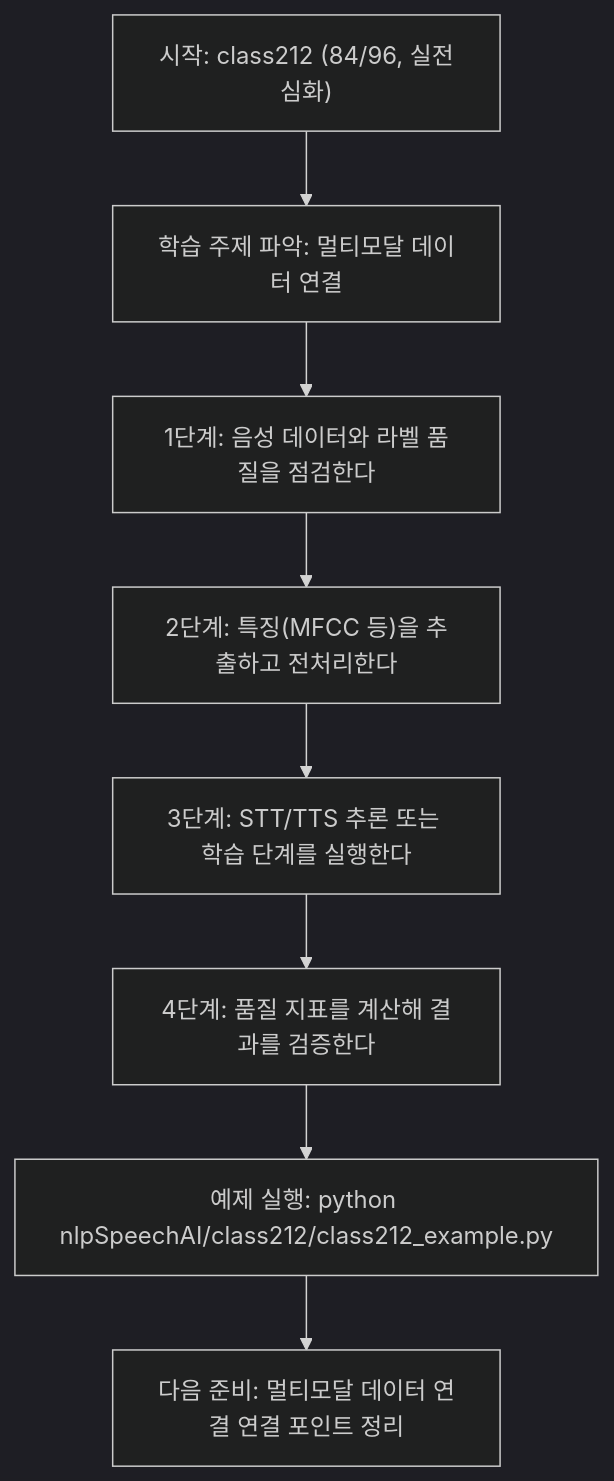
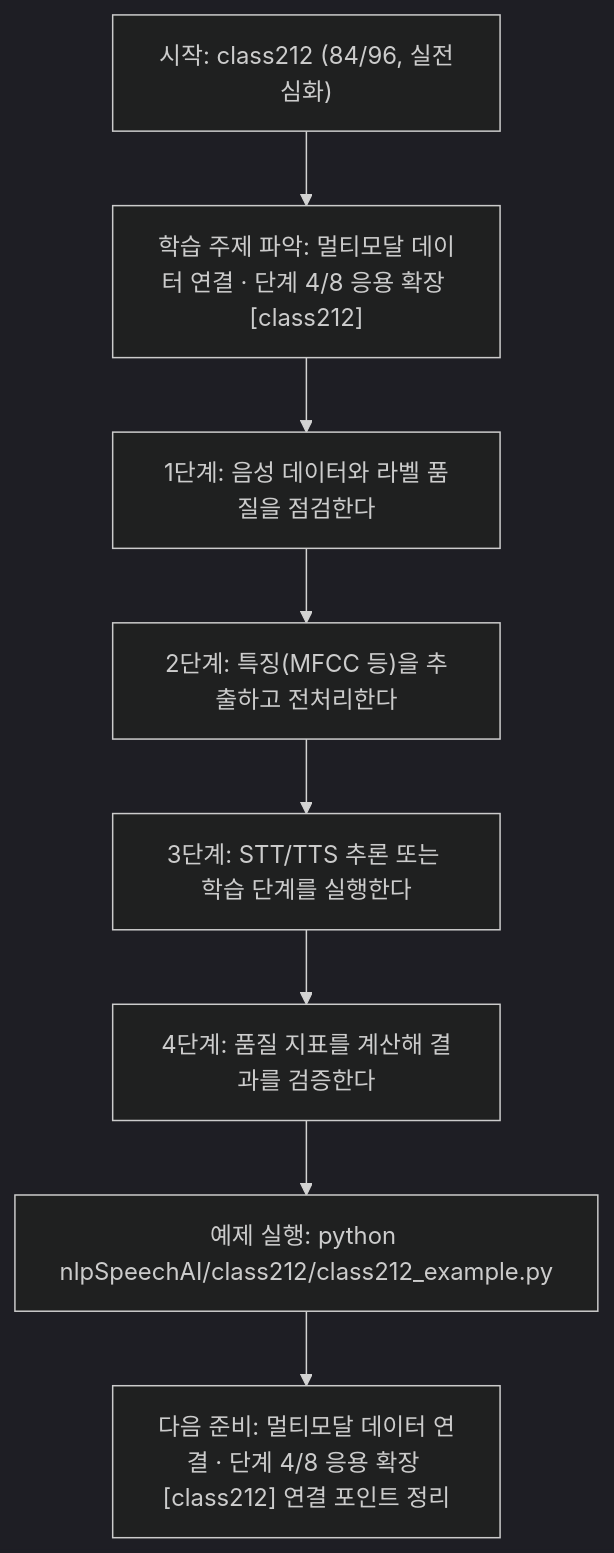
Before and after one commit to edumgt/Python-AI_Agent-Class: the diagram in nlpSpeechAI/class212/class212.md, drawn with Mermaid (dark theme). The commit also changed other lines of this file and 522 other files, not shown here.

````diff
--- a/nlpSpeechAI/class212/class212.md
+++ b/nlpSpeechAI/class212/class212.md
@@ -113,18 +114,18 @@
 ```mermaid
 flowchart TD
 N1["시작: class212 (84/96, 실전심화)"]
-N2["학습 주제 파악: 멀티모달 데이터 연결"]
+N2["학습 주제 파악: 멀티모달 데이터 연결 · 단계 4/8 응용 확장 [class212]"]
 N3["1단계: 음성 데이터와 라벨 품질을 점검한다"]
 N4["2단계: 특징(MFCC 등)을 추출하고 전처리한다"]
 N5["3단계: STT/TTS 추론 또는 학습 단계를 실행한다"]
 N6["4단계: 품질 지표를 계산해 결과를 검증한다"]
 N7["예제 실행: python nlpSpeechAI/class212/class212_example.py"]
-N8["다음 준비: 멀티모달 데이터 연결 연결 포인트 정리"]
+N8["다음 준비: 멀티모달 데이터 연결 · 단계 4/8 응용 확장 [class212] 연결 포인트 정리"]
 N1 --> N2
 N2 --> N3
 N3 --> N4
 N4 --> N5
 N5 --> N6
 N6 --> N7
 N7 --> N8
 ```
````
